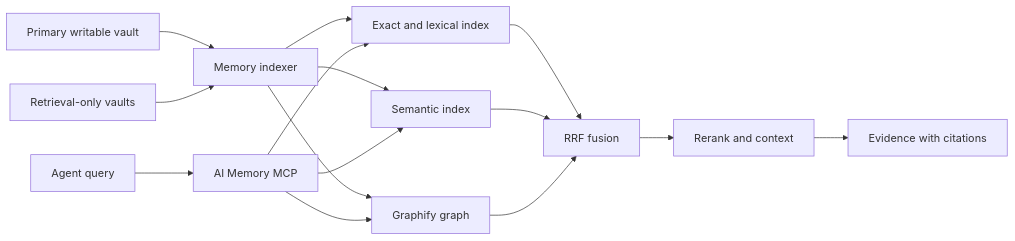
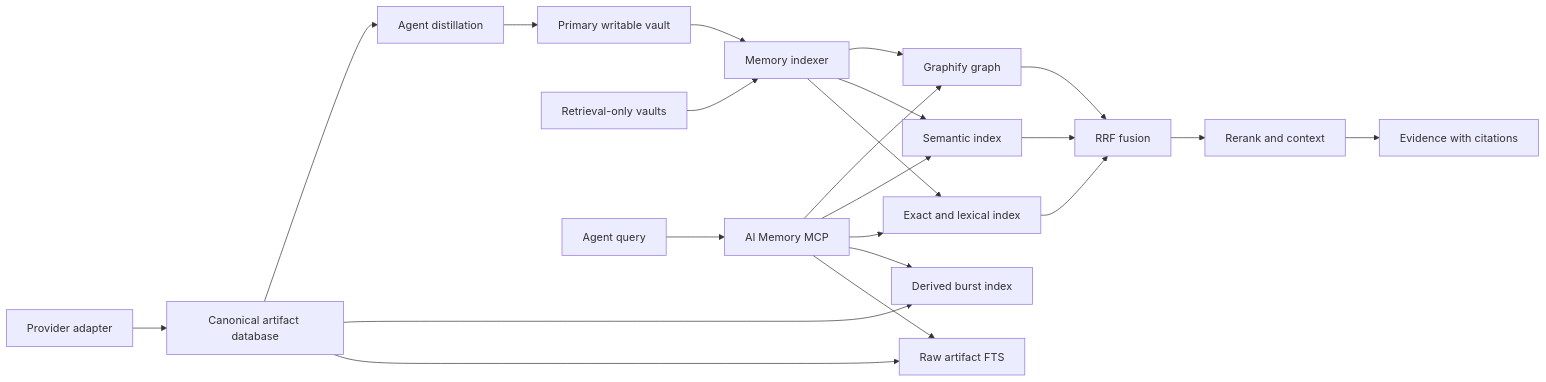
The diagram in docs/architecture.md (moorej2400/ai-memory-mcp), drawn with Mermaid before and after one commit. The commit also changed other lines of this file and 4 other files, not shown here.

````diff
--- a/docs/architecture.md
+++ b/docs/architecture.md
@@ -23,17 +28,24 @@
 ```mermaid
 flowchart LR
     P[Primary writable vault] --> I[Memory indexer]
     A[Retrieval-only vaults] --> I
+    C[Provider adapter] --> D[Canonical artifact database]
+    D --> X[Raw artifact FTS]
+    D --> B[Derived burst index]
+    D --> M[Agent distillation]
+    M --> P
     I --> L[Exact and lexical index]
     I --> V[Semantic index]
     I --> G[Graphify graph]
     Q[Agent query] --> S[AI Memory MCP]
+    S --> X
+    S --> B
     S --> L
     S --> V
     S --> G
     L --> F[RRF fusion]
     V --> F
     G --> F
     F --> R[Rerank and context]
     R --> E[Evidence with citations]
 ```
````
